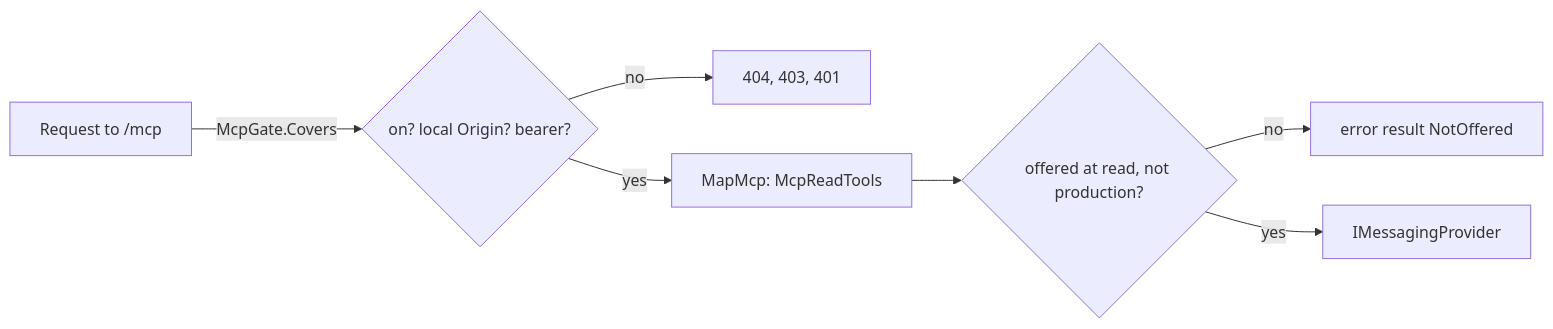
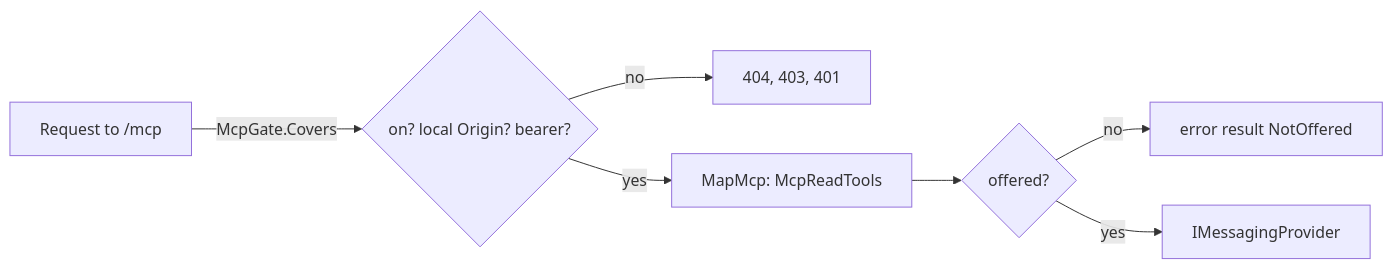
One commit to vitorafgomes/messaging-explorer changed the diagram in context/pages/services/api/mcp-server.md. Above: the diagram before and after it, drawn with Mermaid. The commit also changed other lines of this file and 34 other files, not shown here.

````diff
--- a/context/pages/services/api/mcp-server.md
+++ b/context/pages/services/api/mcp-server.md
@@ -43,9 +43,9 @@
 ```mermaid
 flowchart LR
     R[Request to /mcp] -- "McpGate.Covers" --> G{"on? local Origin? bearer?"}
     G -- no --> E["404, 403, 401"]
     G -- yes --> M[MapMcp: McpReadTools]
-    M --> O{offered at read, not production?}
+    M --> O{offered?}
     O -- no --> X[error result NotOffered]
     O -- yes --> P[IMessagingProvider]
 ```
````
